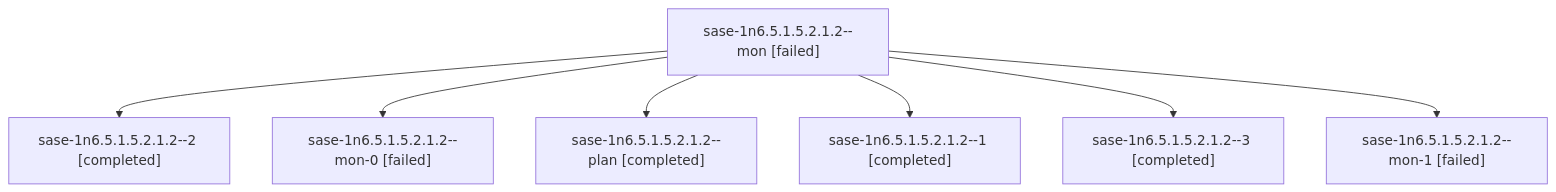
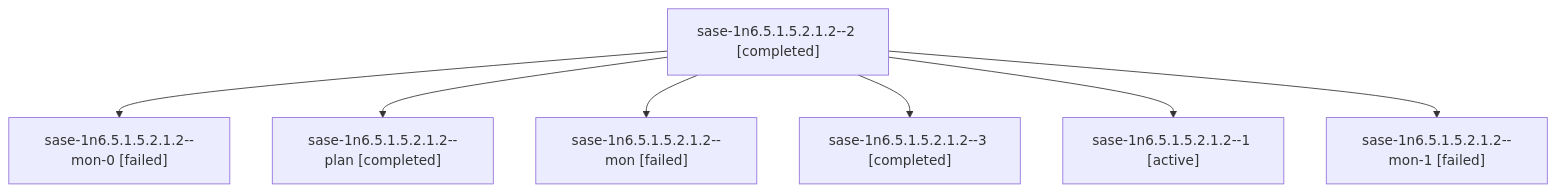
One commit to sase-org/sase--agents changed the diagram in sessions/bbugyi200.athena.sase-1n6.5.1.5.2.1.2.md. Above: the diagram before and after it, drawn with Mermaid. The commit also changed other lines of this file and 123 other files, not shown here.

````diff
--- a/sessions/bbugyi200.athena.sase-1n6.5.1.5.2.1.2.md
+++ b/sessions/bbugyi200.athena.sase-1n6.5.1.5.2.1.2.md
@@ -9,16 +9,16 @@
 ```mermaid
 flowchart TD
-  n0["sase-1n6.5.1.5.2.1.2--mon [failed]"]
-  n1["sase-1n6.5.1.5.2.1.2--2 [completed]"]
+  n0["sase-1n6.5.1.5.2.1.2--2 [completed]"]
+  n1["sase-1n6.5.1.5.2.1.2--mon-0 [failed]"]
   n0 --> n1
-  n2["sase-1n6.5.1.5.2.1.2--mon-0 [failed]"]
+  n2["sase-1n6.5.1.5.2.1.2--plan [completed]"]
   n0 --> n2
-  n3["sase-1n6.5.1.5.2.1.2--plan [completed]"]
+  n3["sase-1n6.5.1.5.2.1.2--mon [failed]"]
   n0 --> n3
-  n4["sase-1n6.5.1.5.2.1.2--1 [completed]"]
+  n4["sase-1n6.5.1.5.2.1.2--3 [completed]"]
   n0 --> n4
-  n5["sase-1n6.5.1.5.2.1.2--3 [completed]"]
+  n5["sase-1n6.5.1.5.2.1.2--1 [active]"]
   n0 --> n5
   n6["sase-1n6.5.1.5.2.1.2--mon-1 [failed]"]
   n0 --> n6
 ```
````
